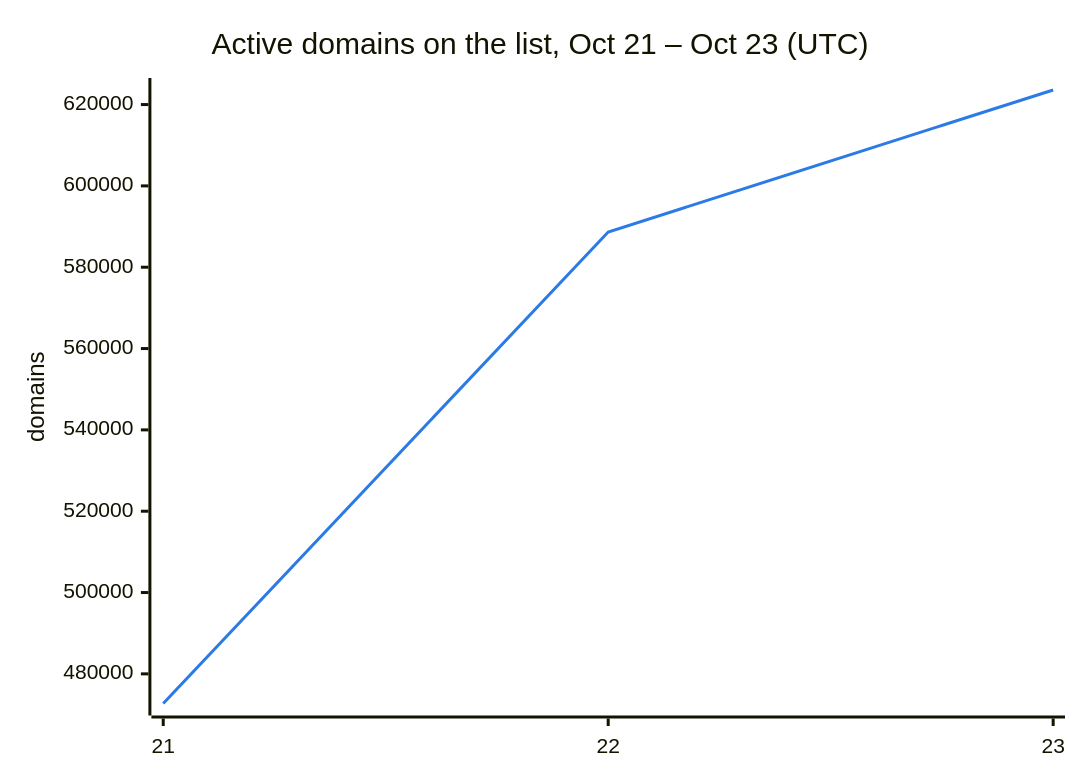
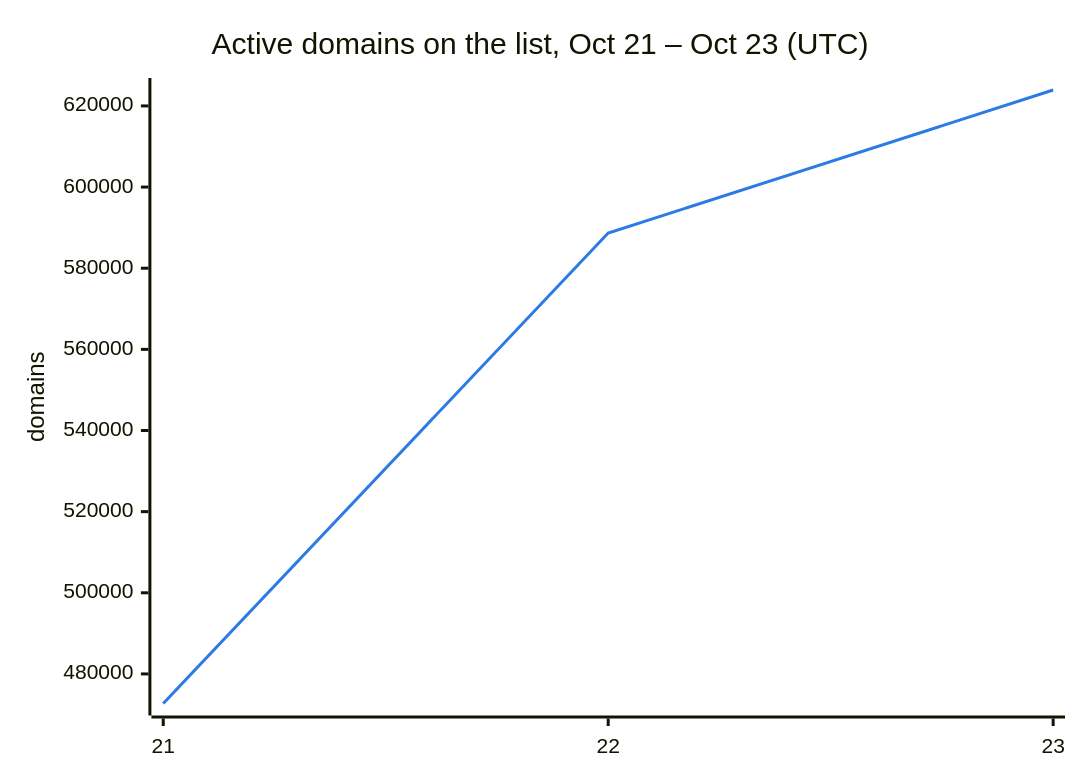
Before and after one commit to DNSBunker/CTI: the second of 3 diagrams in README.md, drawn with Mermaid. The commit also changed other lines of this file and 3 other files, not shown here.

````diff
--- a/README.md
+++ b/README.md
@@ -38,8 +38,8 @@
 ```mermaid
 %%{init: {"themeVariables": {"xyChart": {"plotColorPalette": "#2c7be5"}}}}%%
 xychart-beta
     title "Active domains on the list, Oct 21 – Oct 23 (UTC)"
     x-axis ["21", "22", "23"]
     y-axis "domains"
-    line [472713, 588659, 623582]
+    line [472713, 588659, 623926]
 ```
````
